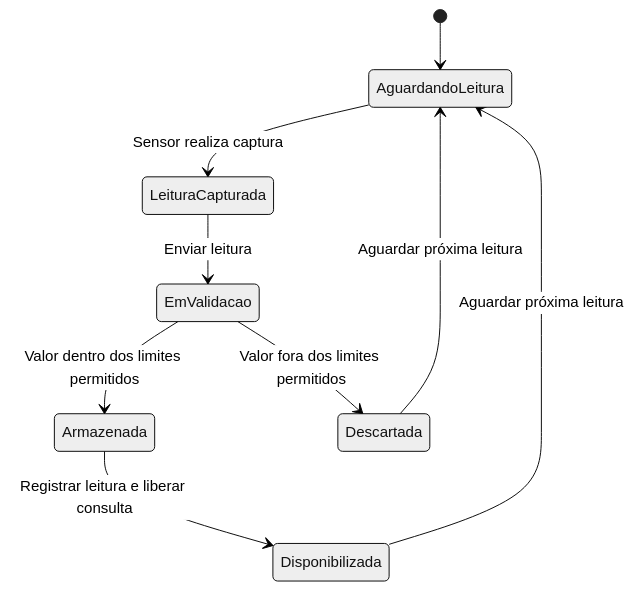
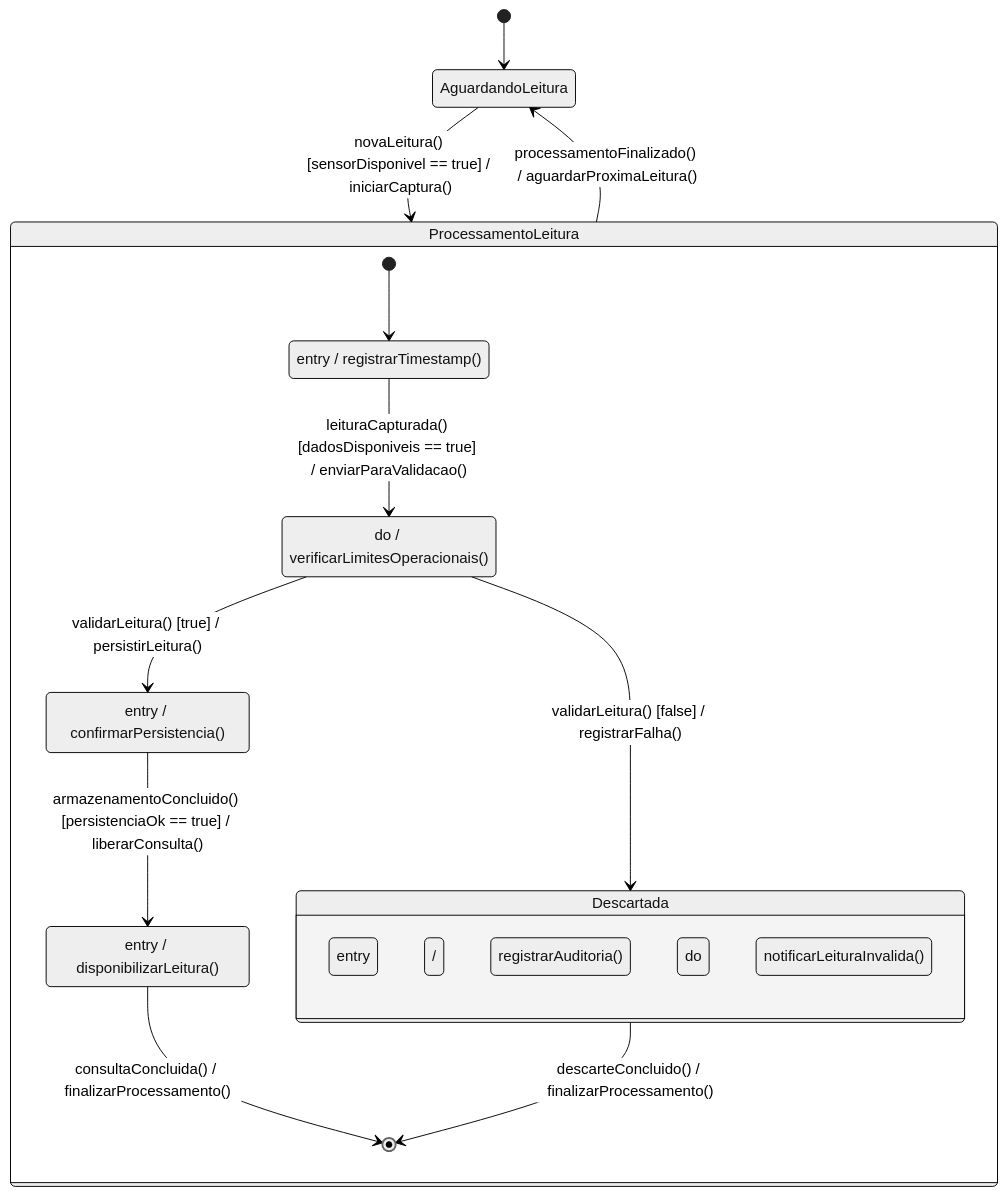
One commit to vdss-x00/APS_2-Modelagem-de-Software changed the diagram in diagramas/estados.md. Above: the diagram before and after it, drawn with Mermaid (neutral theme). The commit also changed 2 other files, not shown here.

Commit message:
Refinar/corrigir diagramas

````diff
--- a/diagramas/estados.md
+++ b/diagramas/estados.md
@@ -1,21 +1,40 @@
 ```mermaid
+
 
 stateDiagram-v2
 
     [*] --> AguardandoLeitura
 
-    AguardandoLeitura --> LeituraCapturada : Sensor realiza captura
+    AguardandoLeitura --> ProcessamentoLeitura : novaLeitura() [sensorDisponivel == true] / iniciarCaptura()
 
-    LeituraCapturada --> EmValidacao : Enviar leitura
+    state ProcessamentoLeitura {
 
-    EmValidacao --> Armazenada : Valor dentro dos limites permitidos
+        [*] --> LeituraCapturada
 
-    EmValidacao --> Descartada : Valor fora dos limites permitidos
+        LeituraCapturada : entry / registrarTimestamp()
+        LeituraCapturada --> EmValidacao : leituraCapturada() [dadosDisponiveis == true] / enviarParaValidacao()
 
-    Armazenada --> Disponibilizada : Registrar leitura e liberar consulta
+        EmValidacao : do / verificarLimitesOperacionais()
 
-    Disponibilizada --> AguardandoLeitura : Aguardar próxima leitura
+        EmValidacao --> Armazenada : validarLeitura() [true] / persistirLeitura()
 
-    Descartada --> AguardandoLeitura : Aguardar próxima leitura
+        EmValidacao --> Descartada : validarLeitura() [false] / registrarFalha()
+
+        state Descartada {
+            entry / registrarAuditoria()
+            do / notificarLeituraInvalida()
+        }
+
+        Armazenada : entry / confirmarPersistencia()
+        Armazenada --> Disponibilizada : armazenamentoConcluido() [persistenciaOk == true] / liberarConsulta()
+
+        Disponibilizada : entry / disponibilizarLeitura()
+        
+        Disponibilizada --> [*] : consultaConcluida() / finalizarProcessamento()
+
+        Descartada --> [*] : descarteConcluido() / finalizarProcessamento()
+    }
+
+    ProcessamentoLeitura --> AguardandoLeitura : processamentoFinalizado() / aguardarProximaLeitura()
 
 ```
````
